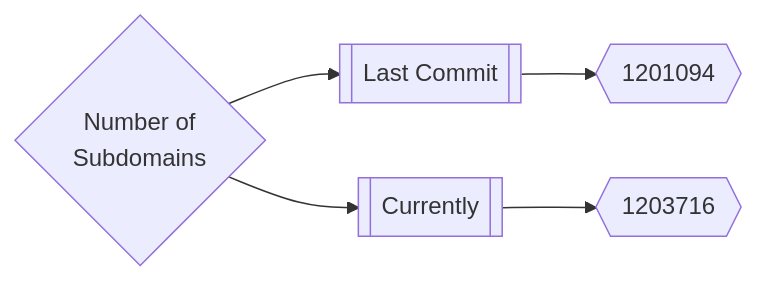
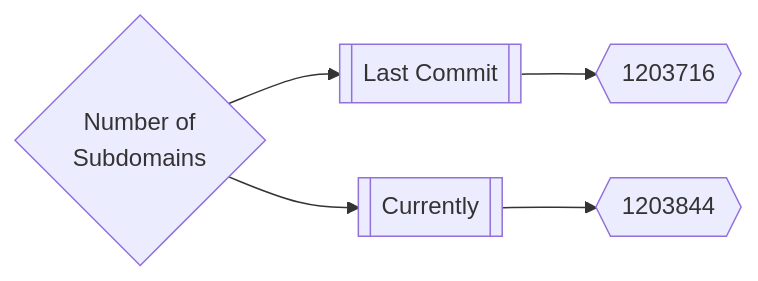
One commit to trickest/inventory changed the first of 3 diagrams in README.md. Above: the diagram before and after it, drawn with Mermaid.

Commit message:
Update Sun Apr  3 07:21:22 UTC 2022

````diff
--- a/README.md
+++ b/README.md
@@ -165,5 +165,5 @@
 ```mermaid
 graph LR
-title{Number of<br>Subdomains} --> subdomainsDate1[[Last Commit]] --> subdomainsNum1{{1201094}}
-title --> subdomainsDate2[[Currently]] --> subdomainsNum2{{1203716}}
+title{Number of<br>Subdomains} --> subdomainsDate1[[Last Commit]] --> subdomainsNum1{{1203716}}
+title --> subdomainsDate2[[Currently]] --> subdomainsNum2{{1203844}}
 ```
````
